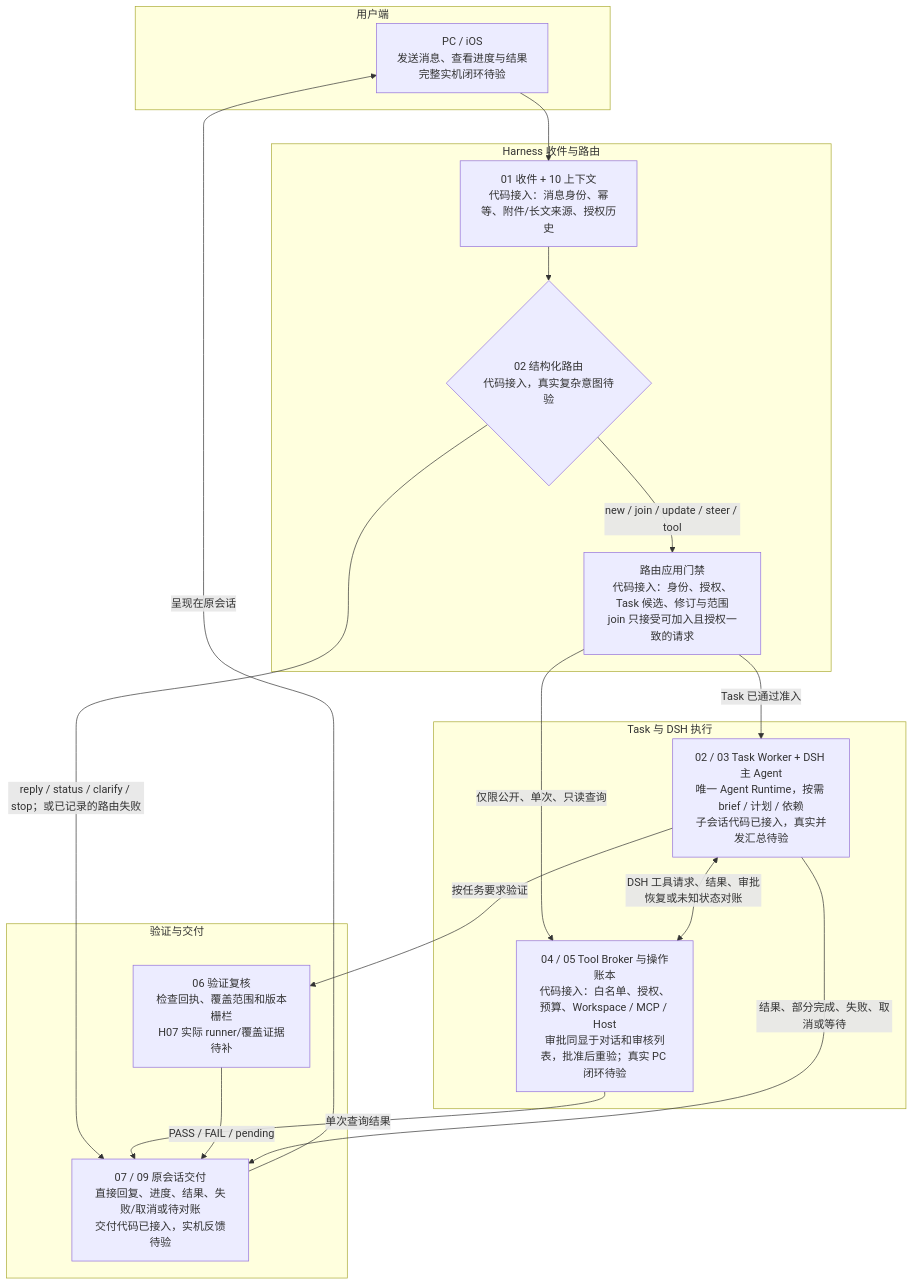
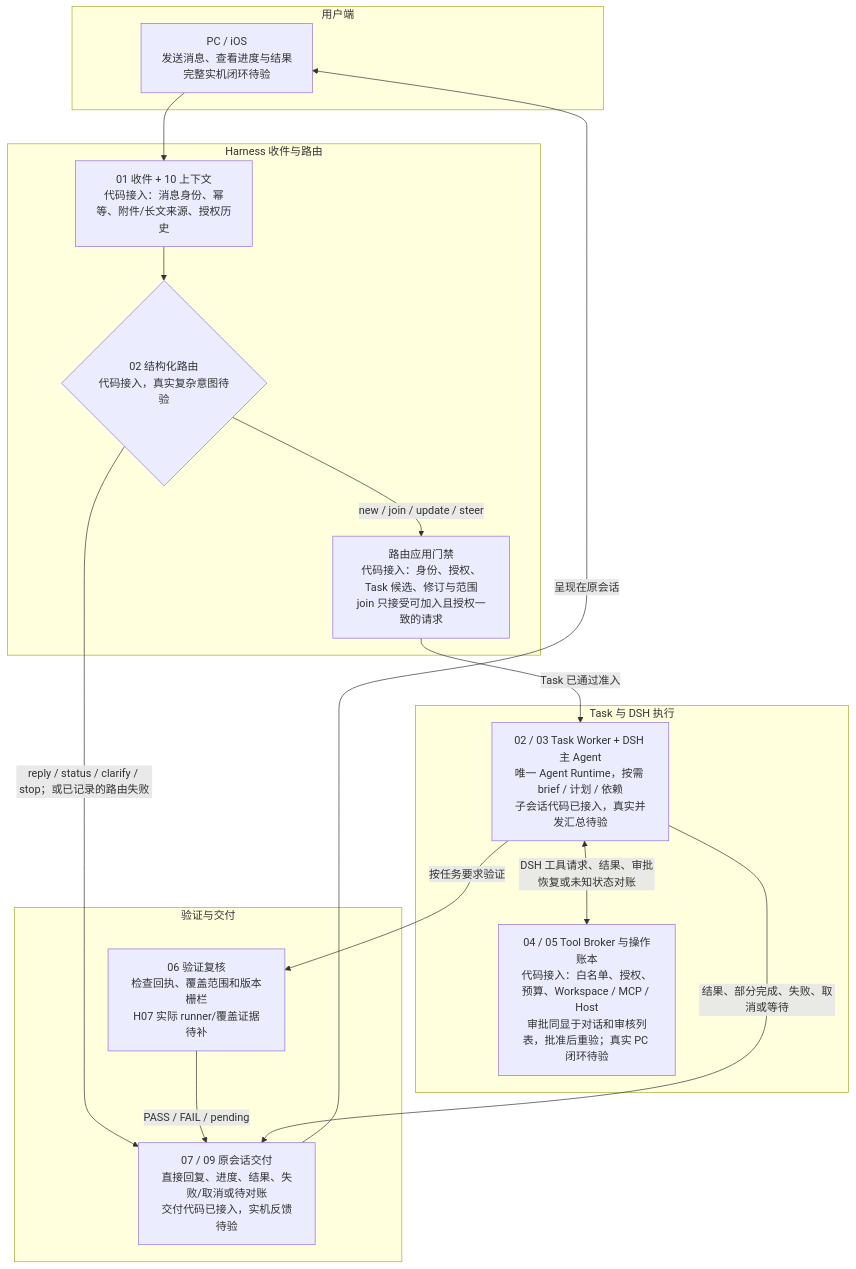
Before and after one commit to lizhongxuan/morde: the diagram in docs/Morde 复刻 Muse 最终流程与开发设计.md, drawn with Mermaid. The commit also changed other lines of this file and 3 other files, not shown here.

````diff
--- a/docs/Morde 复刻 Muse 最终流程与开发设计.md
+++ b/docs/Morde 复刻 Muse 最终流程与开发设计.md
@@ -9,34 +9,32 @@
 ```mermaid
 flowchart TD
   subgraph client[用户端]
     P["PC / iOS<br/>发送消息、查看进度与结果<br/>完整实机闭环待验"]
   end
 
   subgraph intake[Harness 收件与路由]
     I["01 收件 + 10 上下文<br/>代码接入：消息身份、幂等、附件/长文来源、授权历史"]
     R{"02 结构化路由<br/>代码接入，真实复杂意图待验"}
     A["路由应用门禁<br/>代码接入：身份、授权、Task 候选、修订与范围<br/>join 只接受可加入且授权一致的请求"]
   end
 
   subgraph execute[Task 与 DSH 执行]
     C["02 / 03 Task Worker + DSH 主 Agent<br/>唯一 Agent Runtime，按需 brief / 计划 / 依赖<br/>子会话代码已接入，真实并发汇总待验"]
     B["04 / 05 Tool Broker 与操作账本<br/>代码接入：白名单、授权、预算、Workspace / MCP / Host<br/>审批同显于对话和审核列表，批准后重验；真实 PC 闭环待验"]
   end
 
   subgraph finish[验证与交付]
     V["06 验证复核<br/>检查回执、覆盖范围和版本栅栏<br/>H07 实际 runner/覆盖证据待补"]
     Q["07 / 09 原会话交付<br/>直接回复、进度、结果、失败/取消或待对账<br/>交付代码已接入，实机反馈待验"]
   end
 
   P --> I --> R
   R -->|reply / status / clarify / stop；或已记录的路由失败| Q
-  R -->|new / join / update / steer / tool| A
+  R -->|new / join / update / steer| A
   A -->|Task 已通过准入| C
-  A -->|仅限公开、单次、只读查询| B
   C <-->|DSH 工具请求、结果、审批恢复或未知状态对账| B
-  B -->|单次查询结果| Q
   C -->|按任务要求验证| V
   V -->|PASS / FAIL / pending| Q
   C -->|结果、部分完成、失败、取消或等待| Q
   Q -->|呈现在原会话| P
 ```
````
